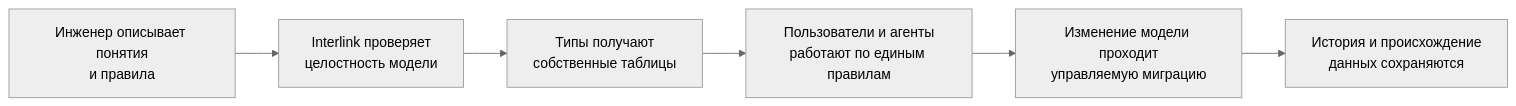
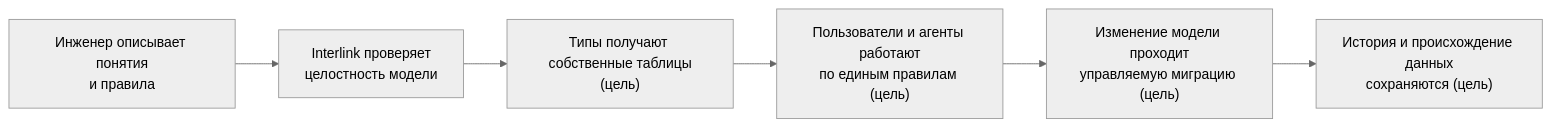
Before and after one commit to ZelAnton/Interlink-product-book: the diagram in docs/data-structure/12-engineering-examples.md, drawn with Mermaid (neutral theme). The commit also changed other lines of this file and 231 other files, not shown here.

````diff
--- a/docs/data-structure/12-engineering-examples.md
+++ b/docs/data-structure/12-engineering-examples.md
@@ -9,8 +11,8 @@
 ```mermaid
 flowchart LR
     A["Инженер описывает понятия<br/>и правила"] --> B["Interlink проверяет<br/>целостность модели"]
-    B --> C["Типы получают<br/>собственные таблицы"]
-    C --> D["Пользователи и агенты<br/>работают по единым правилам"]
-    D --> E["Изменение модели проходит<br/>управляемую миграцию"]
-    E --> F["История и происхождение<br/>данных сохраняются"]
+    B --> C["Типы получают собственные таблицы<br/>(цель)"]
+    C --> D["Пользователи и агенты работают<br/>по единым правилам (цель)"]
+    D --> E["Изменение модели проходит<br/>управляемую миграцию (цель)"]
+    E --> F["История и происхождение данных<br/>сохраняются (цель)"]
 ```
````
